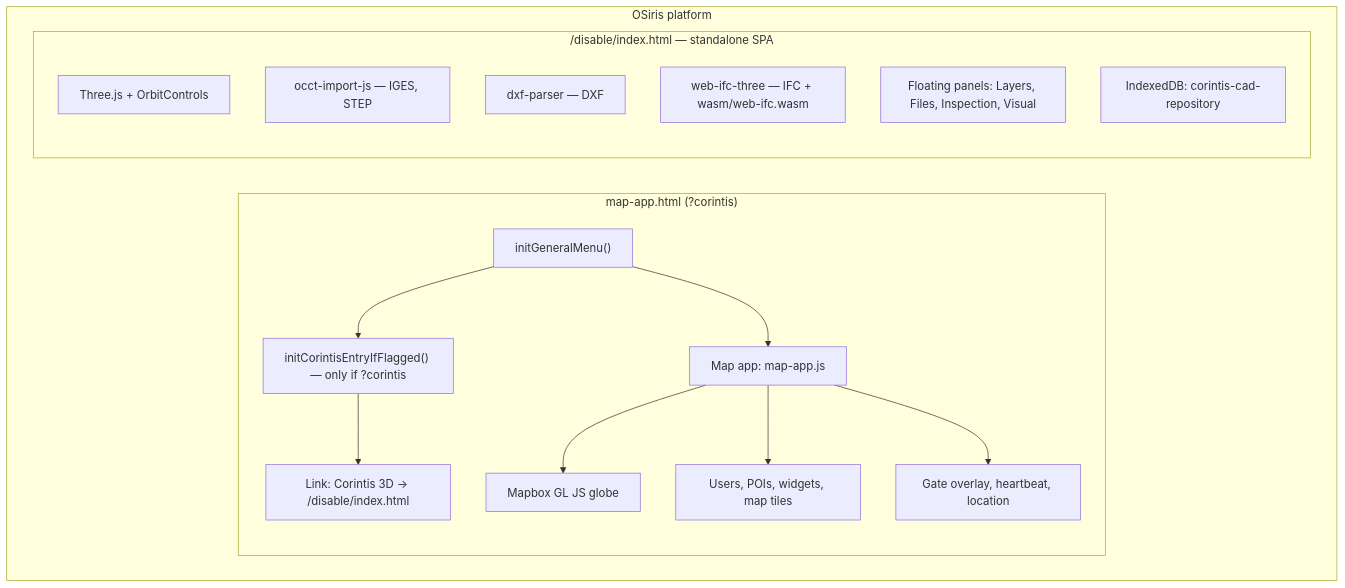
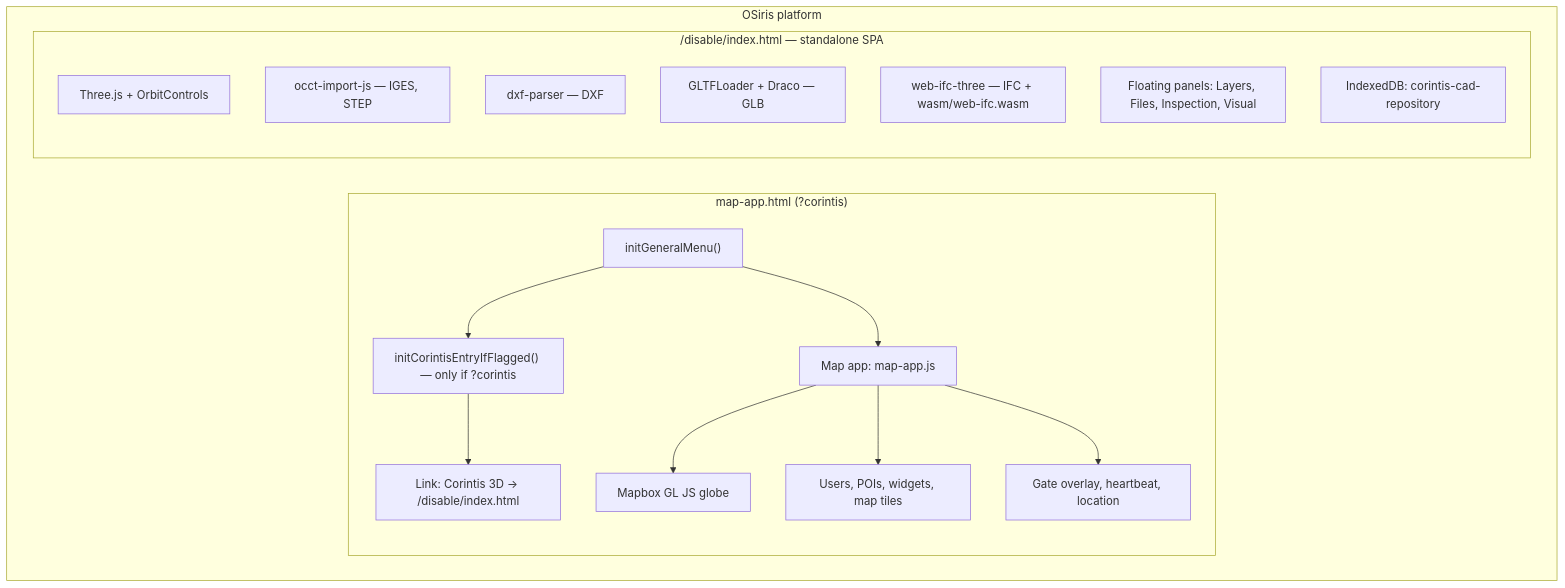
One commit to noway0w/Design-System-OSiris changed the diagram in docs/PROJECT_OVERVIEW.md. Above: the diagram before and after it, drawn with Mermaid. The commit also changed other lines of this file and 22 other files, not shown here.

````diff
--- a/docs/PROJECT_OVERVIEW.md
+++ b/docs/PROJECT_OVERVIEW.md
@@ -63,26 +64,27 @@
 ```mermaid
 flowchart TB
   subgraph platform["OSiris platform"]
     subgraph map["map-app.html (?corintis)"]
       initMenu["initGeneralMenu()"]
       initCor["initCorintisEntryIfFlagged() — only if ?corintis"]
       link["Link: Corintis 3D → /disable/index.html"]
       mapApp["Map app: map-app.js"]
       initMenu --> initCor
       initCor --> link
       initMenu --> mapApp
       mapApp --> mb["Mapbox GL JS globe"]
       mapApp --> feat["Users, POIs, widgets, map tiles"]
       mapApp --> gate["Gate overlay, heartbeat, location"]
     end
 
     subgraph cad["/disable/index.html — standalone SPA"]
       t["Three.js + OrbitControls"]
       occt["occt-import-js — IGES, STEP"]
       dxf["dxf-parser — DXF"]
+      glb["GLTFLoader + Draco — GLB"]
       ifc["web-ifc-three — IFC + wasm/web-ifc.wasm"]
       panels["Floating panels: Layers, Files, Inspection, Visual"]
       idb["IndexedDB: corintis-cad-repository"]
     end
   end
 ```
````
